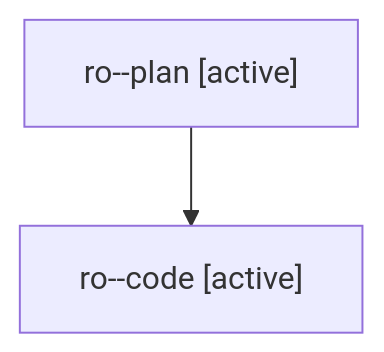
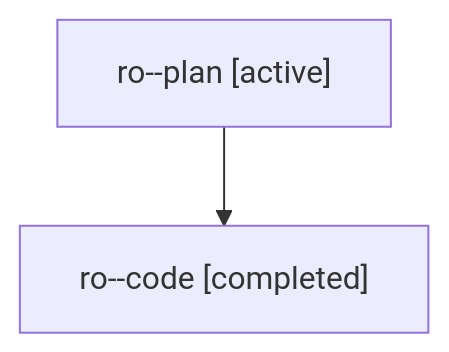
Before and after one commit to sase-org/sase--agents: the diagram in families/bbugyi200.athena.ro.md, drawn with Mermaid. The commit also changed other lines of this file and 5813 other files, not shown here.

````diff
--- a/families/bbugyi200.athena.ro.md
+++ b/families/bbugyi200.athena.ro.md
@@ -9,6 +9,6 @@
 ```mermaid
 flowchart TD
   n0["ro--plan [active]"]
-  n1["ro--code [active]"]
+  n1["ro--code [completed]"]
   n0 --> n1
 ```
````
